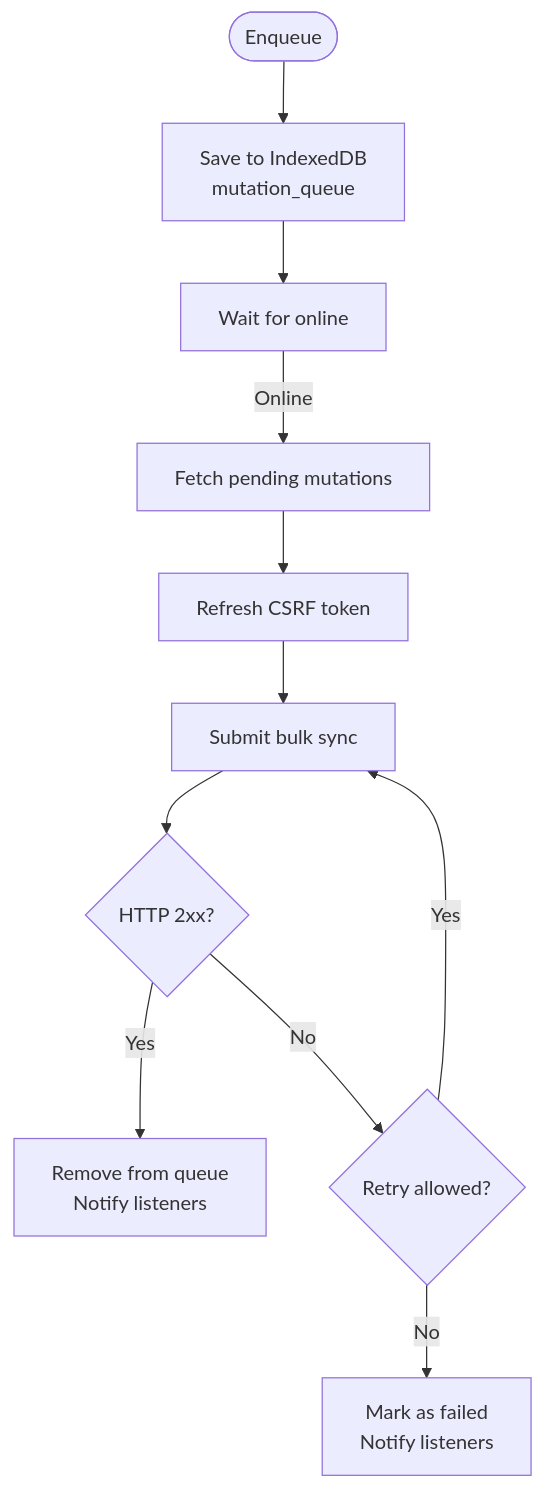
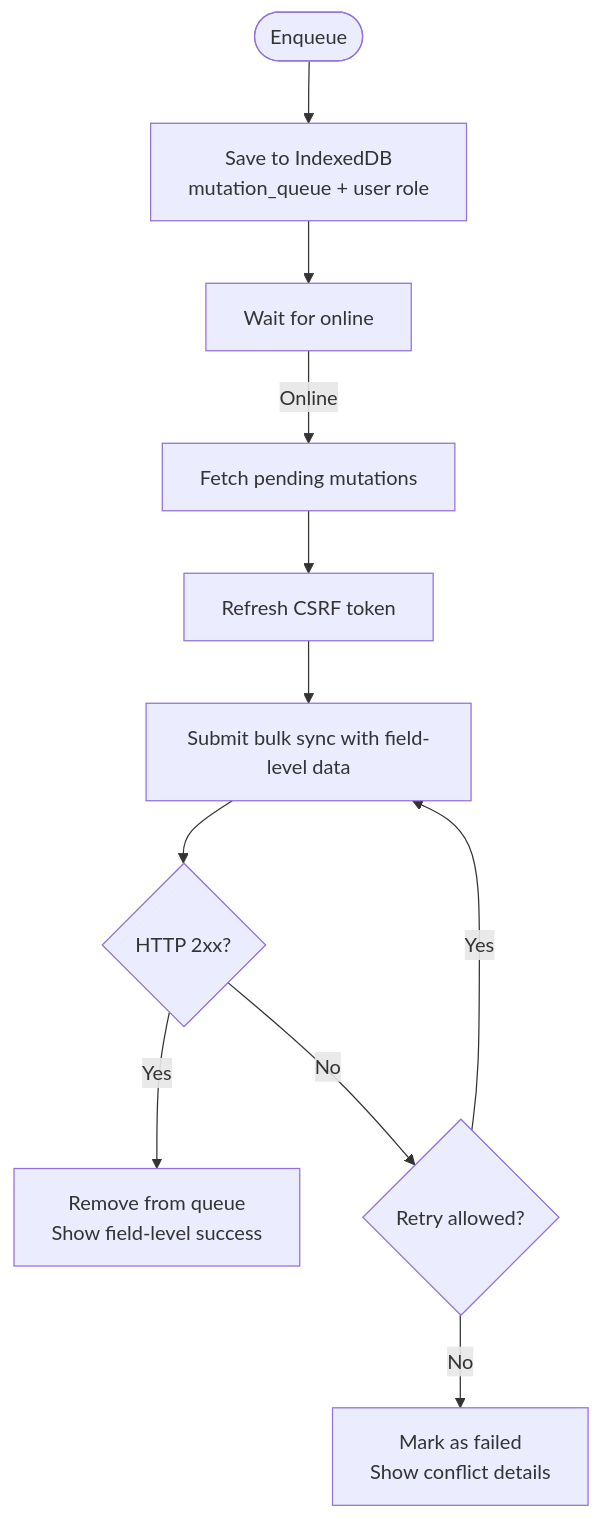
Before and after one commit to wahyudedik/qalcuityERP: the fourth of 4 diagrams in .qoder/repowiki/en/content/API Documentation/Offline Sync API.md, drawn with Mermaid. The commit also changed other lines of this file and 626 other files, not shown here.

````diff
--- a/.qoder/repowiki/en/content/API Documentation/Offline Sync API.md
+++ b/.qoder/repowiki/en/content/API Documentation/Offline Sync API.md
@@ -175,13 +247,13 @@
 ```mermaid
 flowchart TD
-Start(["Enqueue"]) --> Save["Save to IndexedDB<br/>mutation_queue"]
+Start(["Enqueue"]) --> Save["Save to IndexedDB<br/>mutation_queue + user role"]
 Save --> Wait["Wait for online"]
 Wait --> |Online| Fetch["Fetch pending mutations"]
 Fetch --> CSRF["Refresh CSRF token"]
-CSRF --> Submit["Submit bulk sync"]
+CSRF --> Submit["Submit bulk sync with field-level data"]
 Submit --> Ok{"HTTP 2xx?"}
-Ok --> |Yes| Success["Remove from queue<br/>Notify listeners"]
+Ok --> |Yes| Success["Remove from queue<br/>Show field-level success"]
 Ok --> |No| Retry{"Retry allowed?"}
 Retry --> |Yes| Submit
-Retry --> |No| Fail["Mark as failed<br/>Notify listeners"]
+Retry --> |No| Fail["Mark as failed<br/>Show conflict details"]
 ```
````
